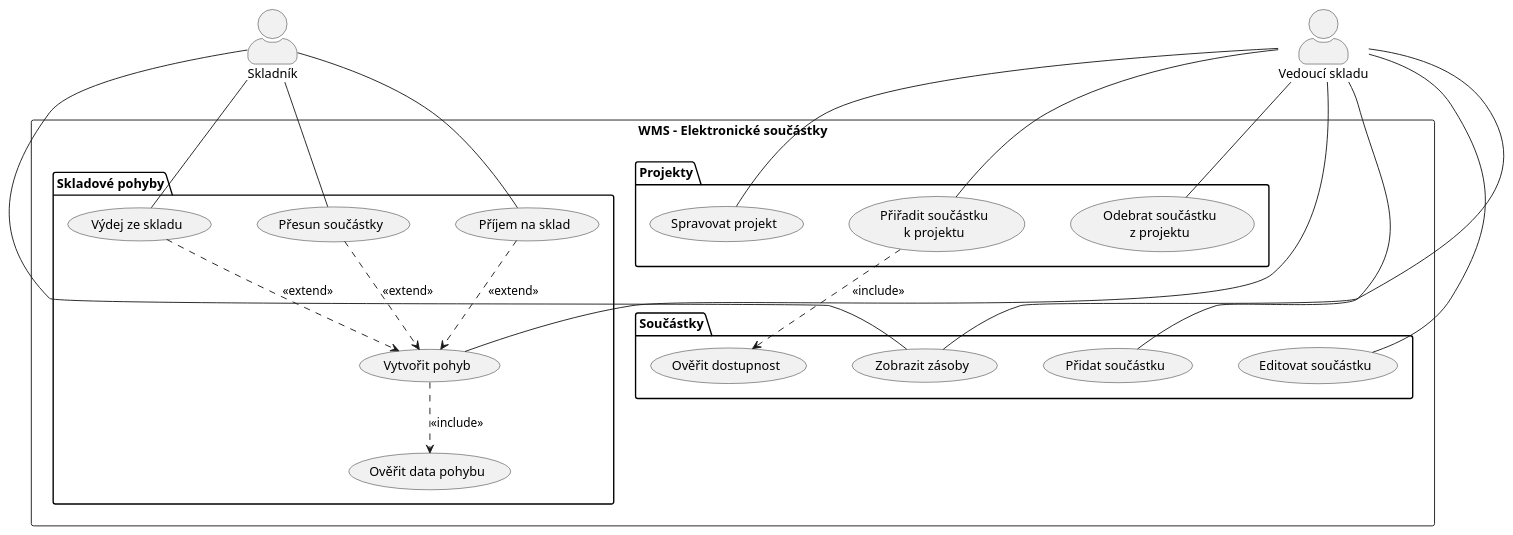
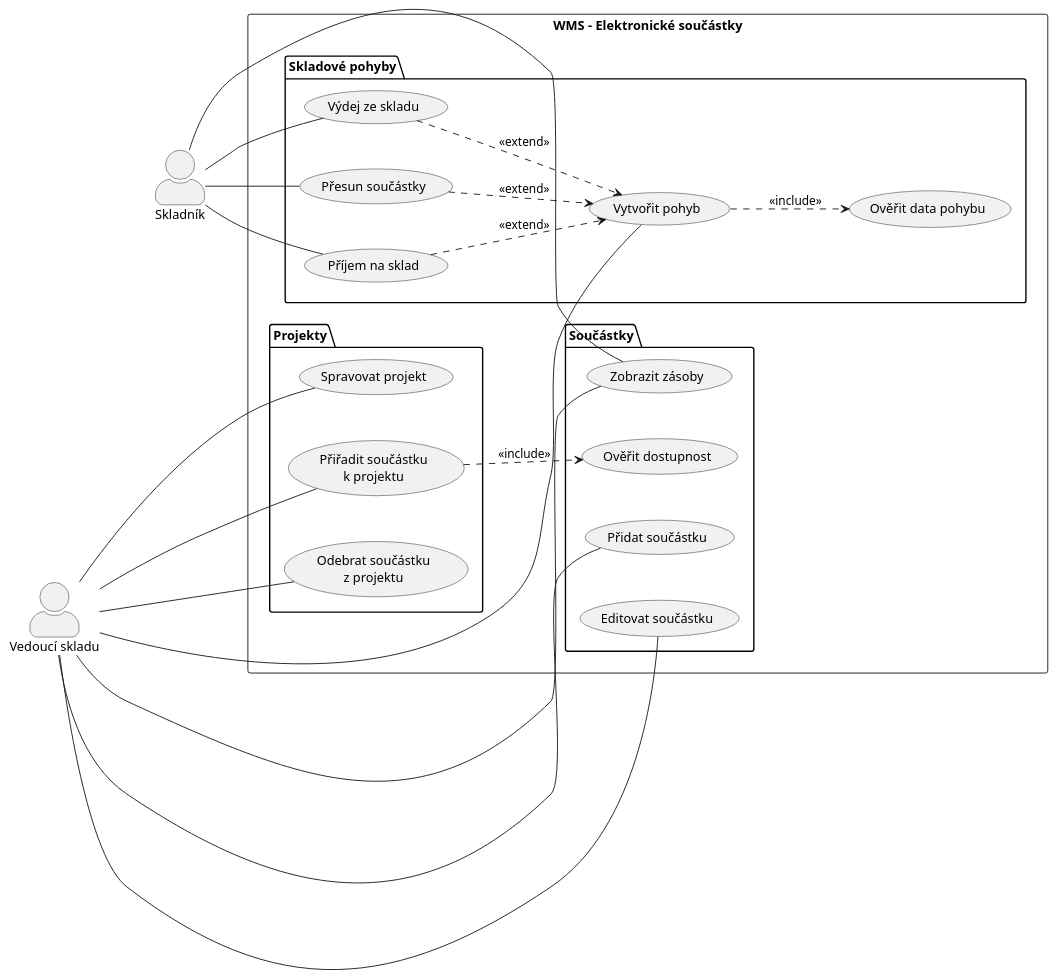
One commit to lkvapil/kOdevzdaniProjektWMS changed the diagram in diagrams/01_use_case.puml. Above: the diagram before and after it, drawn with PlantUML. The commit also changed 1 other file, not shown here.

```diff
--- a/diagrams/01_use_case.puml
+++ b/diagrams/01_use_case.puml
@@ -1,60 +1,62 @@
 @startuml 01_use_case
-top to bottom direction
+left to right direction
 skinparam actorStyle awesome
 skinparam nodesep 50
-skinparam ranksep 50
+skinparam ranksep 60
 skinparam packagePadding 10
 
 actor "Vedoucí skladu" as Vedouci
 actor "Skladník" as Skladnik
 
+Vedouci -[hidden]down- Skladnik
+
 rectangle "WMS – Elektronické součástky" {
+
+  package "Projekty" {
+    usecase "Spravovat projekt" as UC_PROJEKT
+    usecase "Přiřadit součástku\nk projektu" as UC_PRIRADIT
+    usecase "Odebrat součástku\nz projektu" as UC_ODEBRAT
+  }
+
+  package "Součástky" {
+    usecase "Přidat součástku" as UC_ADD
+    usecase "Editovat součástku" as UC_EDIT
+    usecase "Zobrazit zásoby" as UC_ZASOBY
+    usecase "Ověřit dostupnost" as UC_DOSTUPNOST
+  }
 
   package "Skladové pohyby" {
     usecase "Příjem na sklad" as UC_PRIJEM
     usecase "Výdej ze skladu" as UC_VYDEJ
     usecase "Přesun součástky" as UC_PRESUN
     usecase "Vytvořit pohyb" as UC_POHYB
     usecase "Ověřit data pohybu" as UC_OVERIT
   }
 
-  package "Součástky" {
-    usecase "Přidat součástku" as UC_ADD
-    usecase "Editovat součástku" as UC_EDIT
-    usecase "Zobrazit zásoby" as UC_ZASOBY
-    usecase "Ověřit dostupnost" as UC_DOSTUPNOST
-  }
-
-  package "Projekty" {
-    usecase "Spravovat projekt" as UC_PROJEKT
-    usecase "Přiřadit součástku\nk projektu" as UC_PRIRADIT
-    usecase "Odebrat součástku\nz projektu" as UC_ODEBRAT
-  }
-
 }
 
-' Vedoucí skladu vlevo nahoře
+' Vedoucí skladu – nahoře
+Vedouci -- UC_PROJEKT
+Vedouci -- UC_PRIRADIT
+Vedouci -- UC_ODEBRAT
 Vedouci -- UC_ADD
 Vedouci -- UC_EDIT
 Vedouci -- UC_ZASOBY
-Vedouci -- UC_PROJEKT
-Vedouci -- UC_PRIRADIT
-Vedouci -- UC_ODEBRAT
 Vedouci -- UC_POHYB
 
-' Skladník vlevo dole
+' Skladník – dole
 Skladnik -- UC_PRIJEM
 Skladnik -- UC_VYDEJ
 Skladnik -- UC_PRESUN
 Skladnik -- UC_ZASOBY
 
 ' include
 UC_POHYB    ..> UC_OVERIT     : <<include>>
 UC_PRIRADIT ..> UC_DOSTUPNOST : <<include>>
 
 ' extend
 UC_PRIJEM ..> UC_POHYB : <<extend>>
 UC_VYDEJ  ..> UC_POHYB : <<extend>>
 UC_PRESUN ..> UC_POHYB : <<extend>>
 
 @enduml
```
